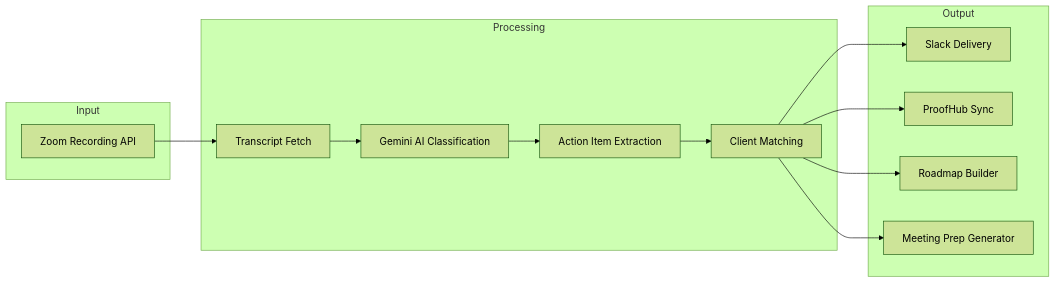
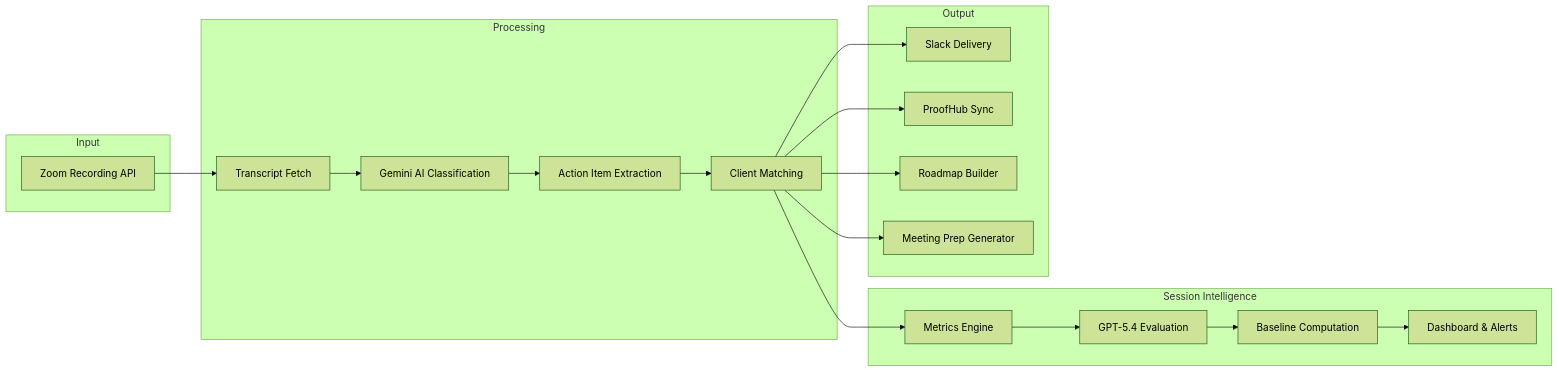
The diagram in README.md (porrasbrand/zoom-action-items), drawn with Mermaid (forest theme) before and after one commit. The commit also changed other lines of this file, not shown here.

First line of the commit message:
docs: Update README with Session Intelligence features

````diff
--- a/README.md
+++ b/README.md
@@ -22,20 +24,27 @@
 ```mermaid
 flowchart LR
     subgraph Input
         A[Zoom Recording API]
     end
 
     subgraph Processing
         A --> B[Transcript Fetch]
         B --> C[Gemini AI Classification]
         C --> D[Action Item Extraction]
         D --> E[Client Matching]
     end
 
+    subgraph SessionIntelligence[Session Intelligence]
+        E --> J[Metrics Engine]
+        J --> K[GPT-5.4 Evaluation]
+        K --> L[Baseline Computation]
+        L --> M[Dashboard & Alerts]
+    end
+
     subgraph Output
         E --> F[Slack Delivery]
         E --> G[ProofHub Sync]
         E --> H[Roadmap Builder]
         E --> I[Meeting Prep Generator]
     end
 ```
````
